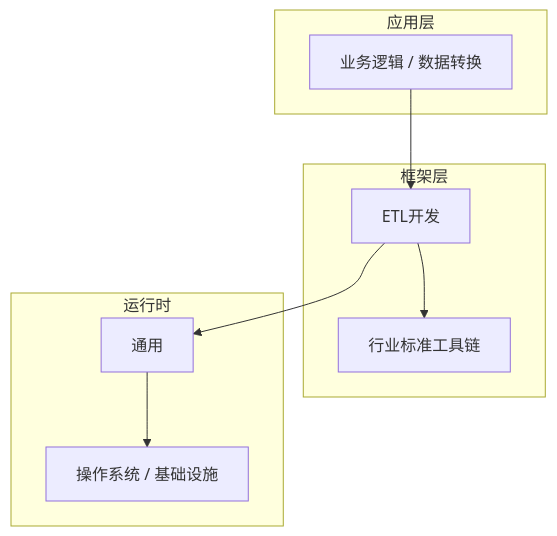
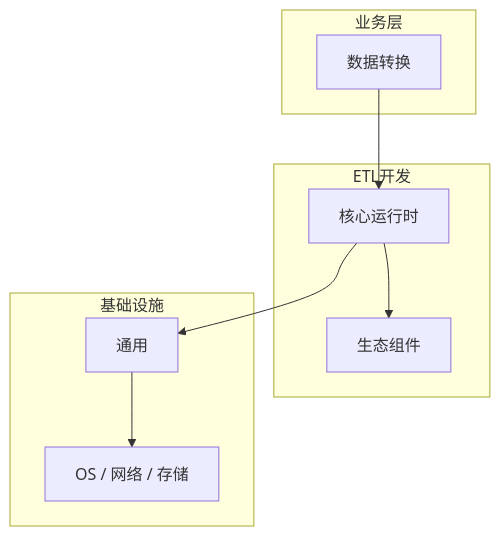
The diagram in articles/ETL开发/chapters/011-数据转换核心概念与原理.md (yanggan2015/knowledge-json-v2), drawn with Mermaid before and after one commit. The commit also changed other lines of this file and 10127 other files, not shown here.

````diff
--- a/articles/ETL开发/chapters/011-数据转换核心概念与原理.md
+++ b/articles/ETL开发/chapters/011-数据转换核心概念与原理.md
@@ -45,18 +34,18 @@
 ```mermaid
 graph TB
-    subgraph 应用层
-        A[业务逻辑 / 数据转换]
+    subgraph 业务层
+        A[数据转换]
     end
-    subgraph 框架层
-        B[ETL开发]
-        C[行业标准工具链]
+    subgraph ETL开发
+        B[核心运行时]
+        C[生态组件]
     end
-    subgraph 运行时
+    subgraph 基础设施
         D[通用]
-        E[操作系统 / 基础设施]
+        E[OS / 网络 / 存储]
     end
     A --> B
     B --> C
     B --> D
     D --> E
 ```
````
